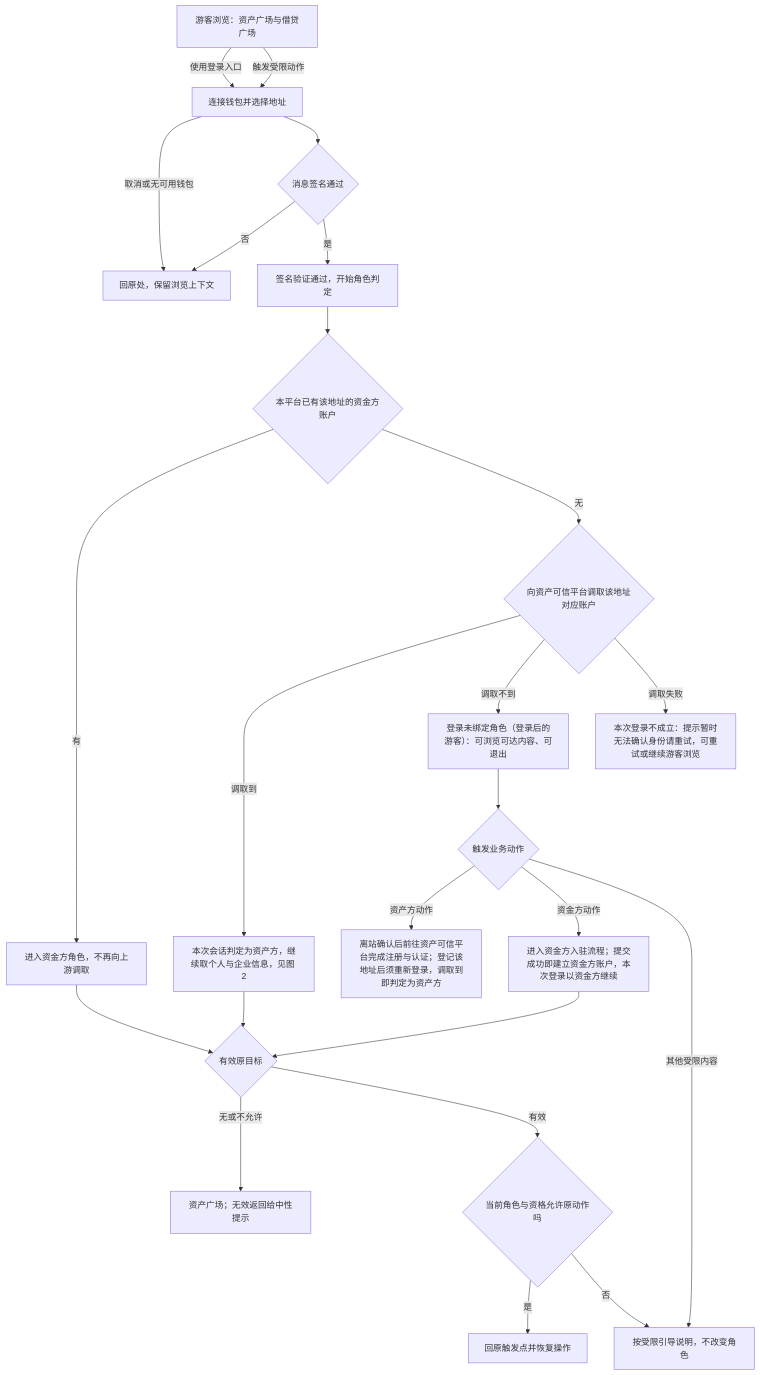
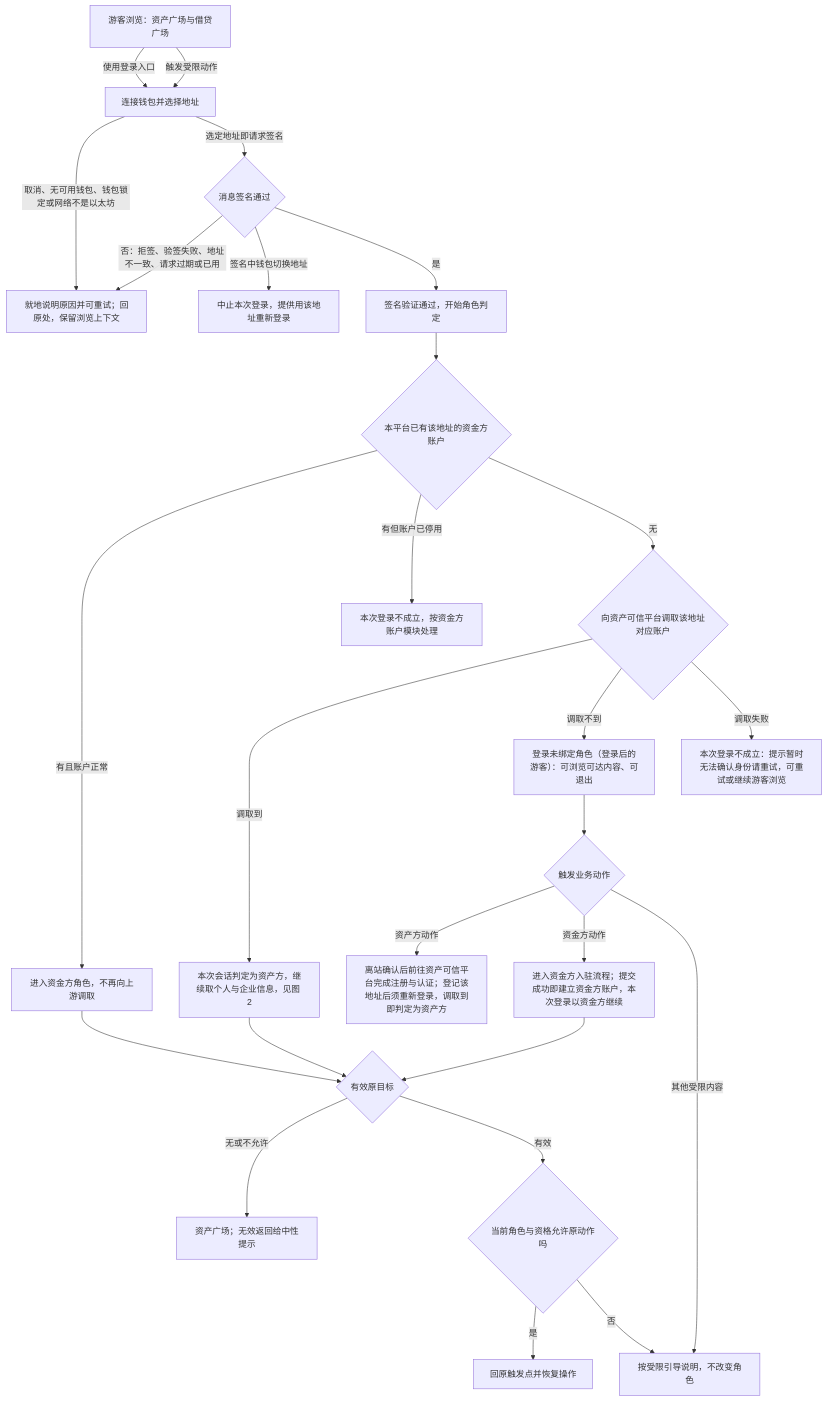
The first of 7 diagrams in lending-platform/PRD/面客端/01-登录主干与资产方SSO接入/02-登录主干与资产方SSO接入-流程图与状态机.md (wxblockchain/Chain-Financing), drawn with Mermaid before and after one commit. The commit also changed other lines of this file and 38 other files, not shown here.

````diff
--- a/lending-platform/PRD/面客端/01-登录主干与资产方SSO接入/02-登录主干与资产方SSO接入-流程图与状态机.md
+++ b/lending-platform/PRD/面客端/01-登录主干与资产方SSO接入/02-登录主干与资产方SSO接入-流程图与状态机.md
@@ -10,26 +10,28 @@
 ```mermaid
 flowchart TD
     G["游客浏览：资产广场与借贷广场"] -->|使用登录入口| W["连接钱包并选择地址"]
     G -->|触发受限动作| W
-    W -->|取消或无可用钱包| O["回原处，保留浏览上下文"]
-    W --> S{"消息签名通过"}
-    S -->|否| O
+    W -->|取消、无可用钱包、钱包锁定或网络不是以太坊| O["就地说明原因并可重试；回原处，保留浏览上下文"]
+    W -->|选定地址即请求签名| S{"消息签名通过"}
+    S -->|否：拒签、验签失败、地址不一致、请求过期或已用| O
+    S -->|签名中钱包切换地址| RE["中止本次登录，提供用该地址重新登录"]
     S -->|是| IN["签名验证通过，开始角色判定"]
     IN --> F{"本平台已有该地址的资金方账户"}
-    F -->|有| FUNDER["进入资金方角色，不再向上游调取"]
+    F -->|有且账户正常| FUNDER["进入资金方角色，不再向上游调取"]
+    F -->|有但账户已停用| DIS["本次登录不成立，按资金方账户模块处理"]
     F -->|无| PULL{"向资产可信平台调取该地址对应账户"}
     PULL -->|调取到| ASSET["本次会话判定为资产方，继续取个人与企业信息，见图 2"]
     PULL -->|调取不到| NONE["登录未绑定角色（登录后的游客）：可浏览可达内容、可退出"]
     PULL -->|调取失败| KEEP["本次登录不成立：提示暂时无法确认身份请重试，可重试或继续游客浏览"]
     NONE --> ACT{"触发业务动作"}
     ACT -->|资产方动作| UP["离站确认后前往资产可信平台完成注册与认证；登记该地址后须重新登录，调取到即判定为资产方"]
     ACT -->|资金方动作| FUND["进入资金方入驻流程；提交成功即建立资金方账户，本次登录以资金方继续"]
     ACT -->|其他受限内容| GUIDE["按受限引导说明，不改变角色"]
     ASSET --> NEXT{"有效原目标"}
     FUNDER --> NEXT
     FUND --> NEXT
     NEXT -->|无或不允许| PLAZA["资产广场；无效返回给中性提示"]
     NEXT -->|有效| Q{"当前角色与资格允许原动作吗"}
     Q -->|是| BACK["回原触发点并恢复操作"]
     Q -->|否| GUIDE
 ```
````
